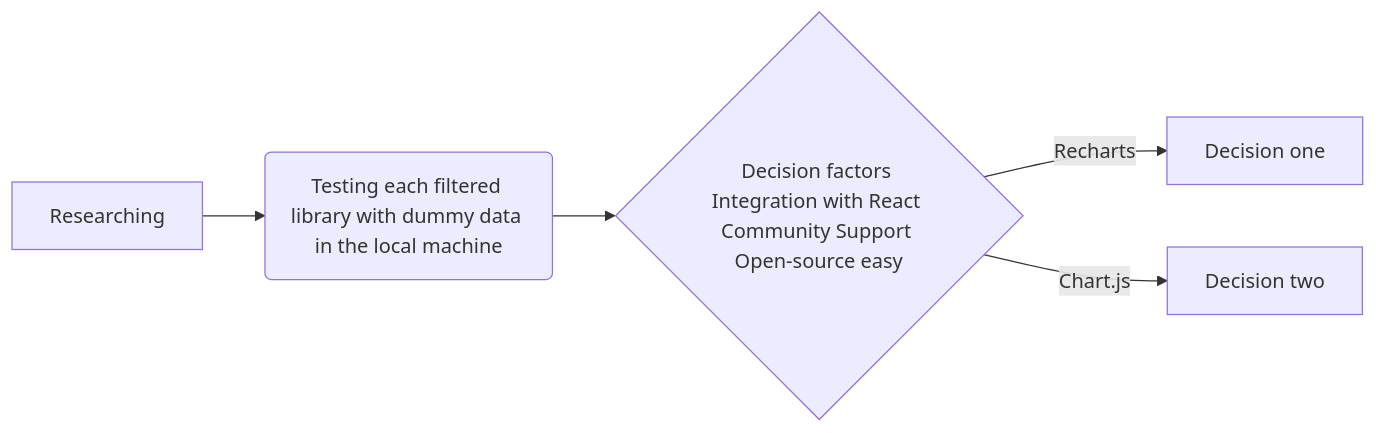
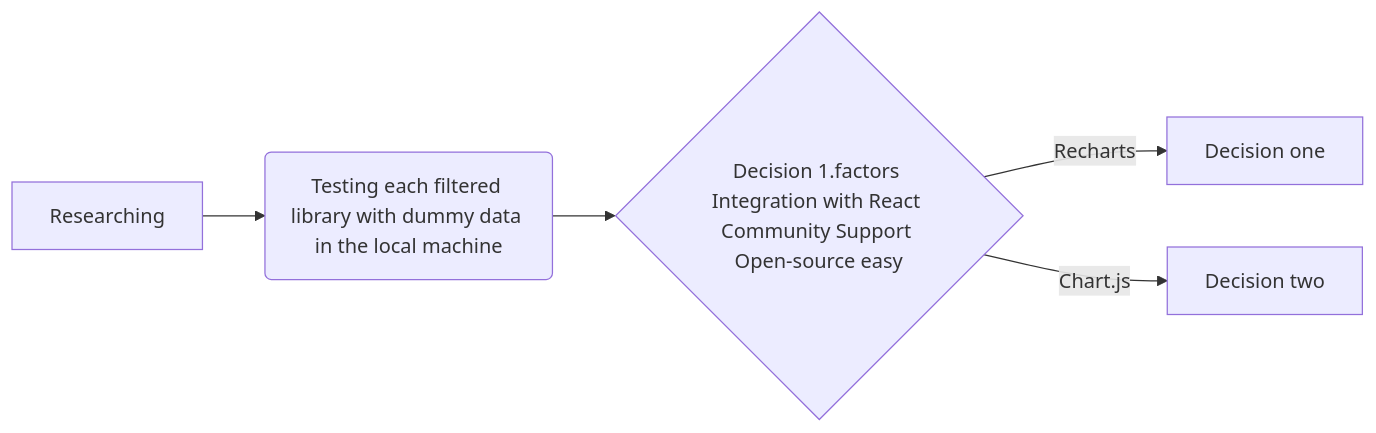
The diagram in Visualization Librarires.md (Khosiyat/Decision-Making-Process-Document), drawn with Mermaid before and after one commit.

Commit message:
Update Visualization Librarires.md

````diff
--- a/Visualization Librarires.md
+++ b/Visualization Librarires.md
@@ -4,7 +4,7 @@
 ```mermaid
 graph LR
 A[Researching] -->B(Testing each filtered library with dummy data in the local machine)
-    B --> C{Decision factors Integration with React Community Support Open-source easy}
+    B --> C{Decision 1.factors Integration with React Community Support Open-source easy}
     C -->|Recharts| D[Decision one]
     C -->|Chart.js| E[Decision two]
 ```
````
